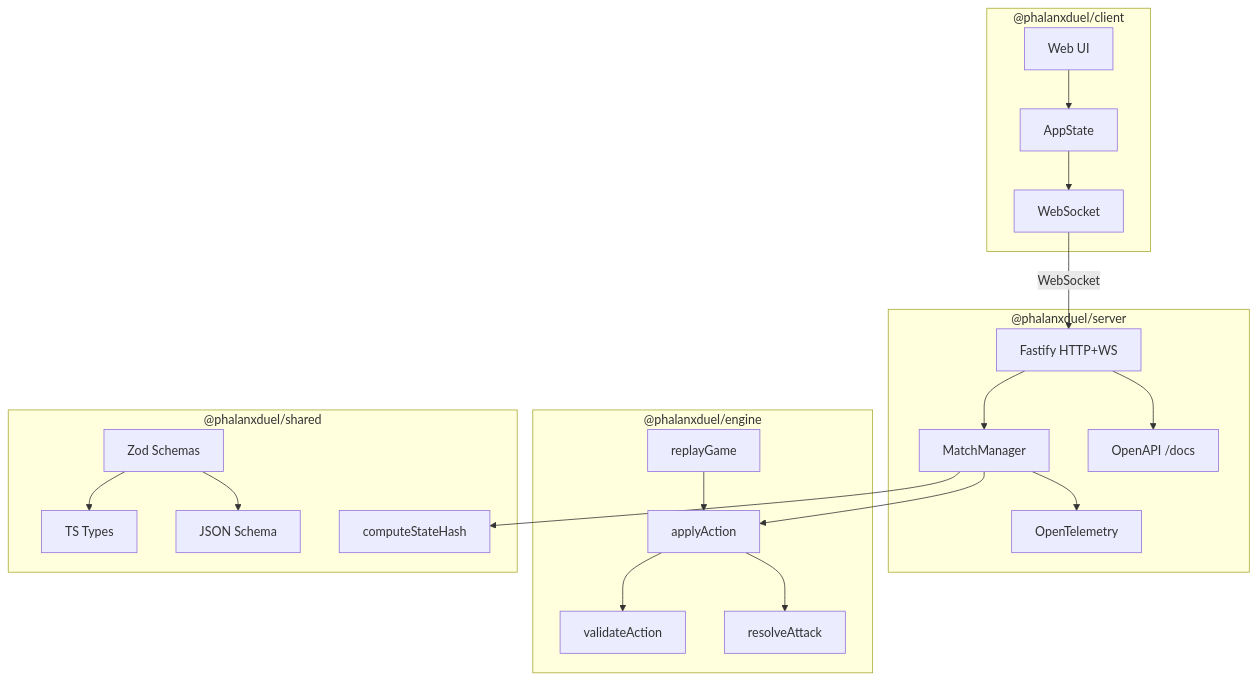
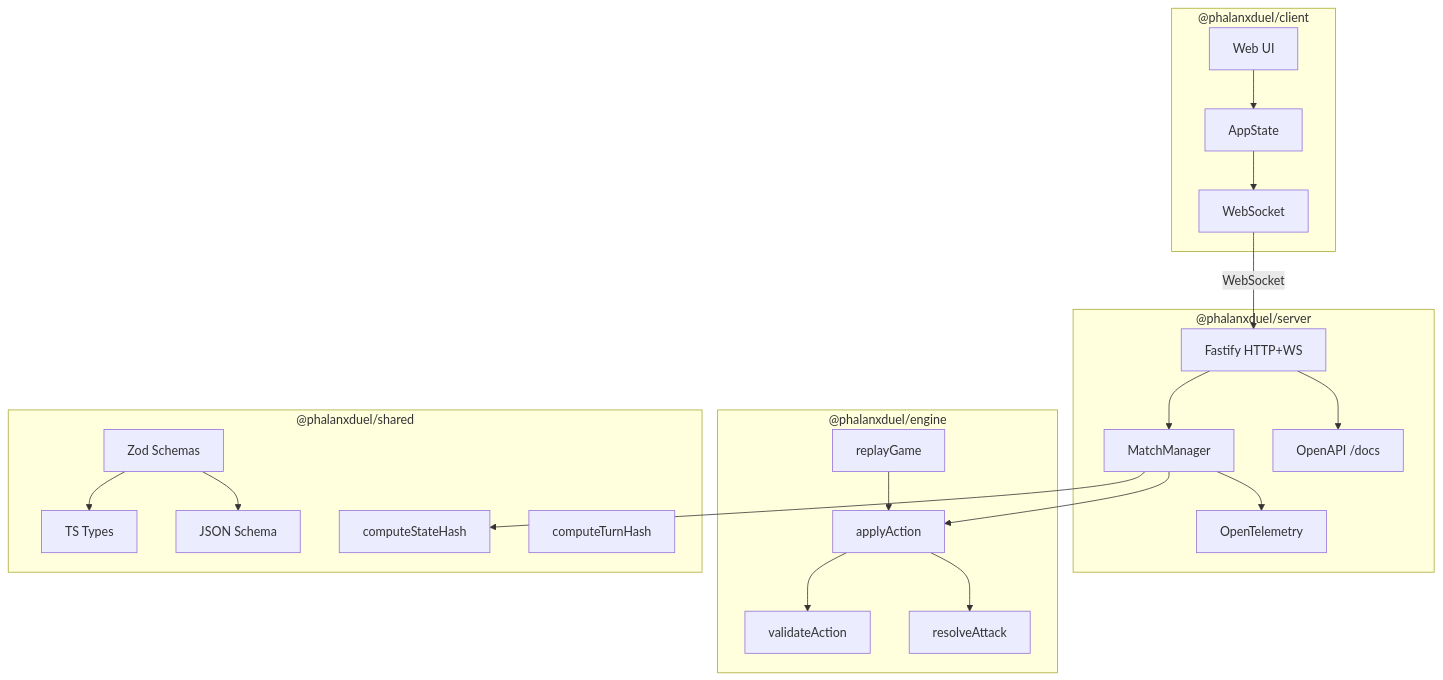
The diagram in docs/system/ARCHITECTURE.md (phalanxduel/phalanxduel), drawn with Mermaid before and after one commit. The commit also changed other lines of this file and 2 other files, not shown here.

Commit message:
docs(system): update SITE_FLOW, ARCHITECTURE, PNPM_SCRIPTS for TASK-45 event log work

````diff
--- a/docs/system/ARCHITECTURE.md
+++ b/docs/system/ARCHITECTURE.md
@@ -20,25 +20,26 @@
 ```mermaid
 graph TB
     subgraph Client["@phalanxduel/client"]
         UI[Web UI] --> State[AppState]
         State --> Conn[WebSocket]
     end
     subgraph Server["@phalanxduel/server"]
         App[Fastify HTTP+WS] --> MM[MatchManager]
         App --> OA[OpenAPI /docs]
         MM --> OTel[OpenTelemetry]
     end
     subgraph Engine["@phalanxduel/engine"]
         Apply[applyAction] --> Validate[validateAction]
         Apply --> Combat[resolveAttack]
         Replay[replayGame] --> Apply
     end
     subgraph Shared["@phalanxduel/shared"]
         Schemas[Zod Schemas] --> Types[TS Types]
         Schemas --> JSON[JSON Schema]
         Hash[computeStateHash]
+        TurnHash[computeTurnHash]
     end
     Conn -->|WebSocket| App
     MM --> Apply
     MM --> Hash
 ```
````
